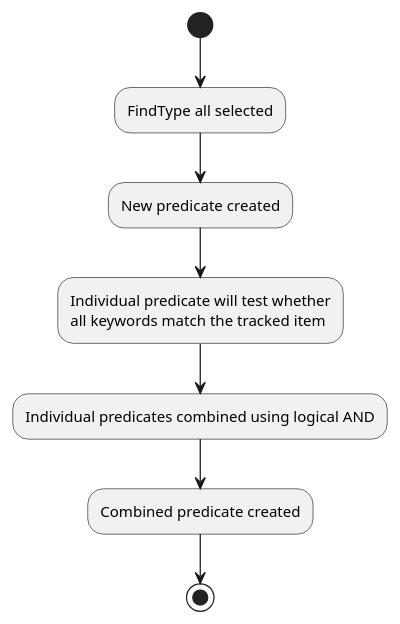
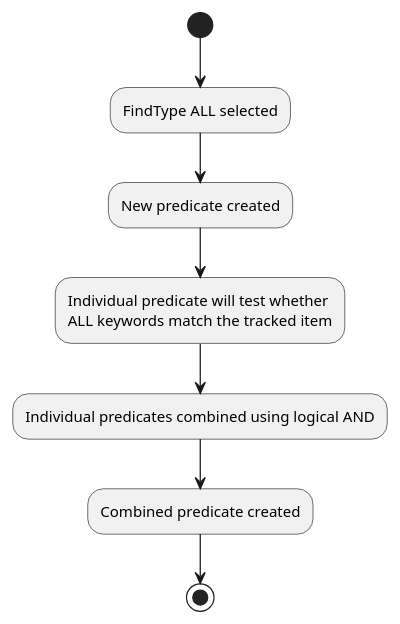
The diagram in docs/diagrams/FindAll.puml (pr4aveen/tp), drawn with PlantUML before and after one commit. The commit also changed 5 other files, not shown here.

Commit message:
Capitalize important words in activity diagram

```diff
--- a/docs/diagrams/FindAll.puml
+++ b/docs/diagrams/FindAll.puml
@@ -1,9 +1,9 @@
 @startuml
-(*)  --> "FindType all selected"
+(*)  --> "FindType ALL selected"
 --> New predicate created
 --> "Individual predicate will test whether
-all keywords match the tracked item"
+ALL keywords match the tracked item"
 --> Individual predicates combined using logical AND
 --> Combined predicate created
 -->(*)
 @enduml
```
